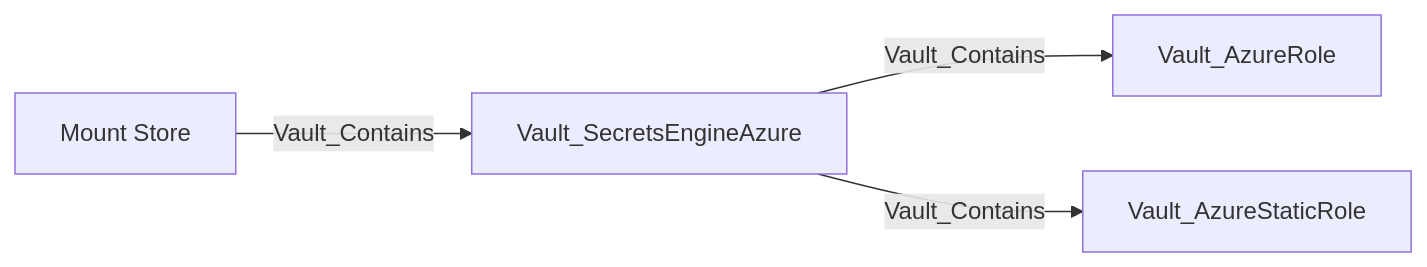
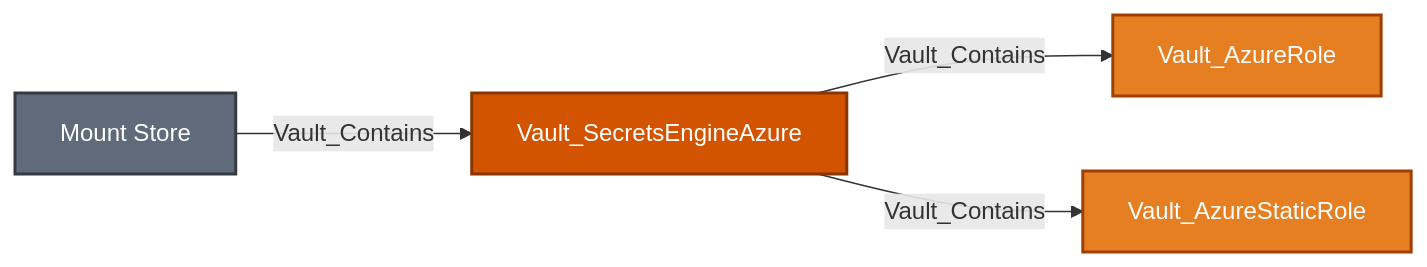
Before and after one commit to bytewreck/opengraph-vault: the fifth of 29 diagrams in Documentation/stores/MOUNTS.md, drawn with Mermaid. The commit also changed other lines of this file and 4 other files, not shown here.

````diff
--- a/Documentation/stores/MOUNTS.md
+++ b/Documentation/stores/MOUNTS.md
@@ -153,6 +169,10 @@
 ```mermaid
 flowchart LR
-    store[Mount Store] -->|Vault_Contains| mount[Vault_SecretsEngineAzure]
-    mount -->|Vault_Contains| dynamic[Vault_AzureRole]
-    mount -->|Vault_Contains| static[Vault_AzureStaticRole]
+    store[Mount Store]:::storeNode -->|Vault_Contains| mount[Vault_SecretsEngineAzure]:::mountNode
+    mount -->|Vault_Contains| dynamic[Vault_AzureRole]:::secretObjectNode
+    mount -->|Vault_Contains| static[Vault_AzureStaticRole]:::secretObjectNode
+
+    classDef storeNode fill:#5F6B7A,color:#fff,stroke:#343A40,stroke-width:2px
+    classDef mountNode fill:#D35400,color:#fff,stroke:#873600,stroke-width:2px
+    classDef secretObjectNode fill:#E67E22,color:#fff,stroke:#A04000,stroke-width:2px
 ```
````
